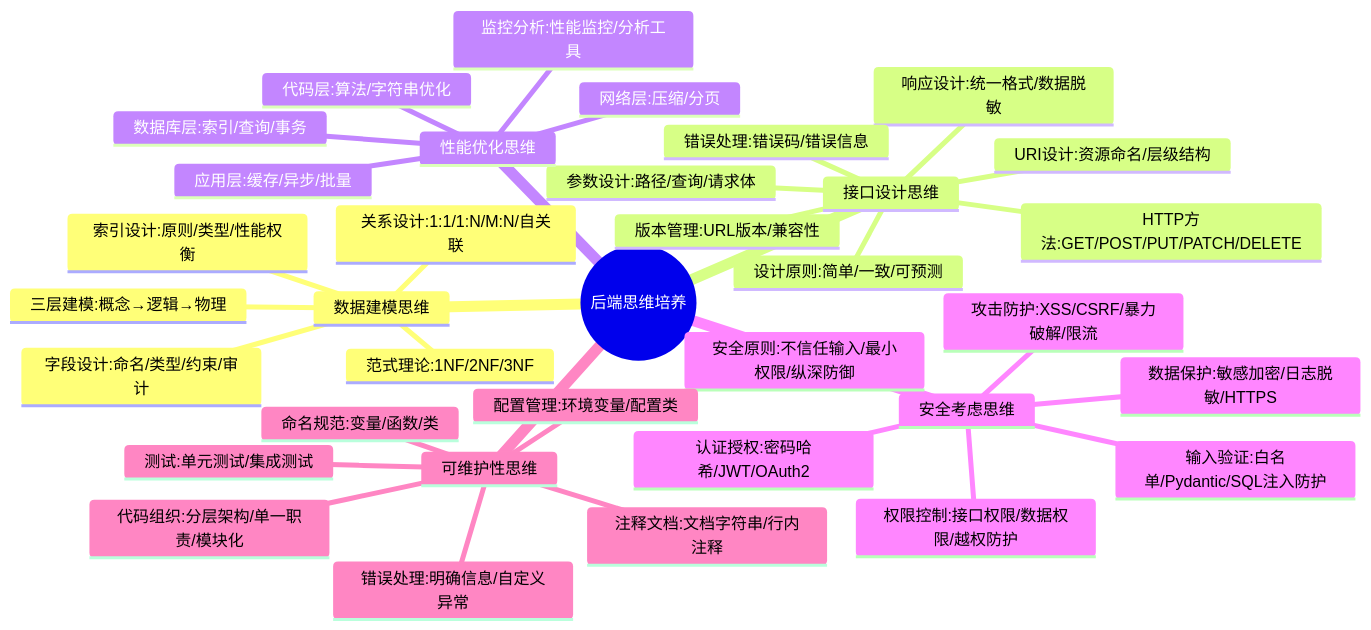
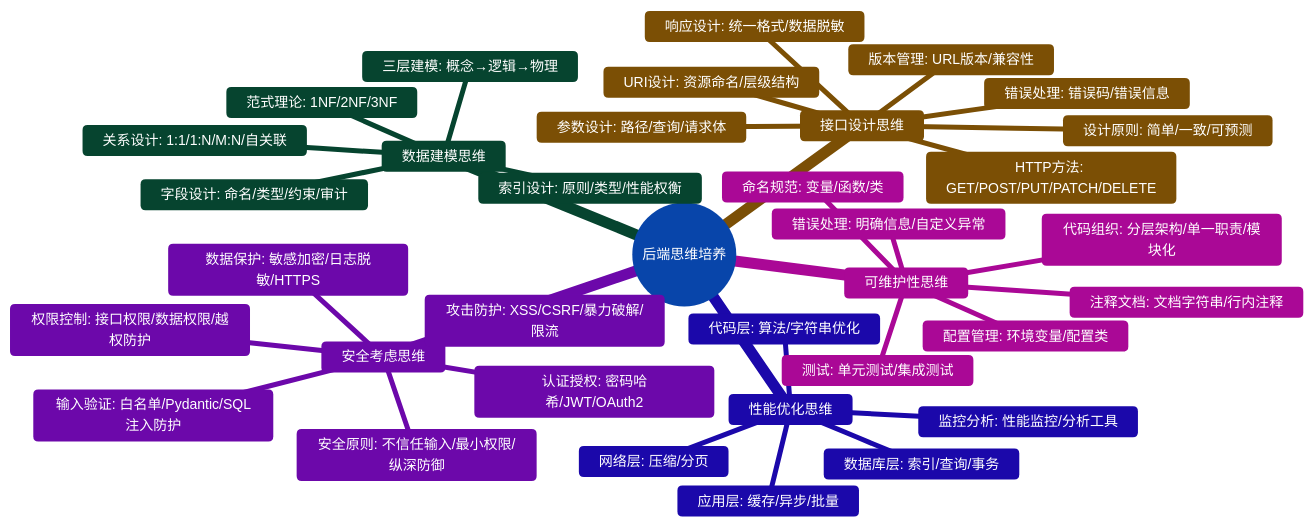
The first of 5 diagrams in ruoyi-fastapi-backend/docs/learning/06-后端知识地图/03-思维培养体系.md (hata33/ruoyi-fastapi-full-stack), drawn with Mermaid before and after one commit. The commit also changed other lines of this file and 9 other files, not shown here.

````diff
--- a/ruoyi-fastapi-backend/docs/learning/06-后端知识地图/03-思维培养体系.md
+++ b/ruoyi-fastapi-backend/docs/learning/06-后端知识地图/03-思维培养体系.md
@@ -5,38 +5,48 @@
 ```mermaid
+%%{init: {'theme': 'base', 'themeVariables': {
+  'primaryColor': '#3B82F6',
+  'primaryTextColor': '#fff',
+  'primaryBorderColor': '#2563EB',
+  'lineColor': '#6B7280',
+  'secondaryColor': '#10B981',
+  'tertiaryColor': '#F59E0B',
+  'background': '#f8fafc',
+  'fontSize': '14px'
+}}}%%
 mindmap
   root((后端思维培养))
     数据建模思维
-      三层建模:概念→逻辑→物理
-      范式理论:1NF/2NF/3NF
-      关系设计:1:1/1:N/M:N/自关联
-      字段设计:命名/类型/约束/审计
-      索引设计:原则/类型/性能权衡
+      三层建模: 概念→逻辑→物理
+      范式理论: 1NF/2NF/3NF
+      关系设计: 1:1/1:N/M:N/自关联
+      字段设计: 命名/类型/约束/审计
+      索引设计: 原则/类型/性能权衡
     接口设计思维
-      设计原则:简单/一致/可预测
-      URI设计:资源命名/层级结构
-      HTTP方法:GET/POST/PUT/PATCH/DELETE
-      参数设计:路径/查询/请求体
-      响应设计:统一格式/数据脱敏
-      错误处理:错误码/错误信息
-      版本管理:URL版本/兼容性
+      设计原则: 简单/一致/可预测
+      URI设计: 资源命名/层级结构
+      HTTP方法: GET/POST/PUT/PATCH/DELETE
+      参数设计: 路径/查询/请求体
+      响应设计: 统一格式/数据脱敏
+      错误处理: 错误码/错误信息
+      版本管理: URL版本/兼容性
     性能优化思维
-      应用层:缓存/异步/批量
-      数据库层:索引/查询/事务
-      网络层:压缩/分页
-      代码层:算法/字符串优化
-      监控分析:性能监控/分析工具
+      应用层: 缓存/异步/批量
+      数据库层: 索引/查询/事务
+      网络层: 压缩/分页
+      代码层: 算法/字符串优化
+      监控分析: 性能监控/分析工具
     安全考虑思维
-      安全原则:不信任输入/最小权限/纵深防御
-      输入验证:白名单/Pydantic/SQL注入防护
-      认证授权:密码哈希/JWT/OAuth2
-      权限控制:接口权限/数据权限/越权防护
-      数据保护:敏感加密/日志脱敏/HTTPS
-      攻击防护:XSS/CSRF/暴力破解/限流
+      安全原则: 不信任输入/最小权限/纵深防御
+      输入验证: 白名单/Pydantic/SQL注入防护
+      认证授权: 密码哈希/JWT/OAuth2
+      权限控制: 接口权限/数据权限/越权防护
+      数据保护: 敏感加密/日志脱敏/HTTPS
+      攻击防护: XSS/CSRF/暴力破解/限流
     可维护性思维
-      代码组织:分层架构/单一职责/模块化
-      命名规范:变量/函数/类
-      注释文档:文档字符串/行内注释
-      错误处理:明确信息/自定义异常
-      测试:单元测试/集成测试
-      配置管理:环境变量/配置类
+      代码组织: 分层架构/单一职责/模块化
+      命名规范: 变量/函数/类
+      注释文档: 文档字符串/行内注释
+      错误处理: 明确信息/自定义异常
+      测试: 单元测试/集成测试
+      配置管理: 环境变量/配置类
 ```
````
